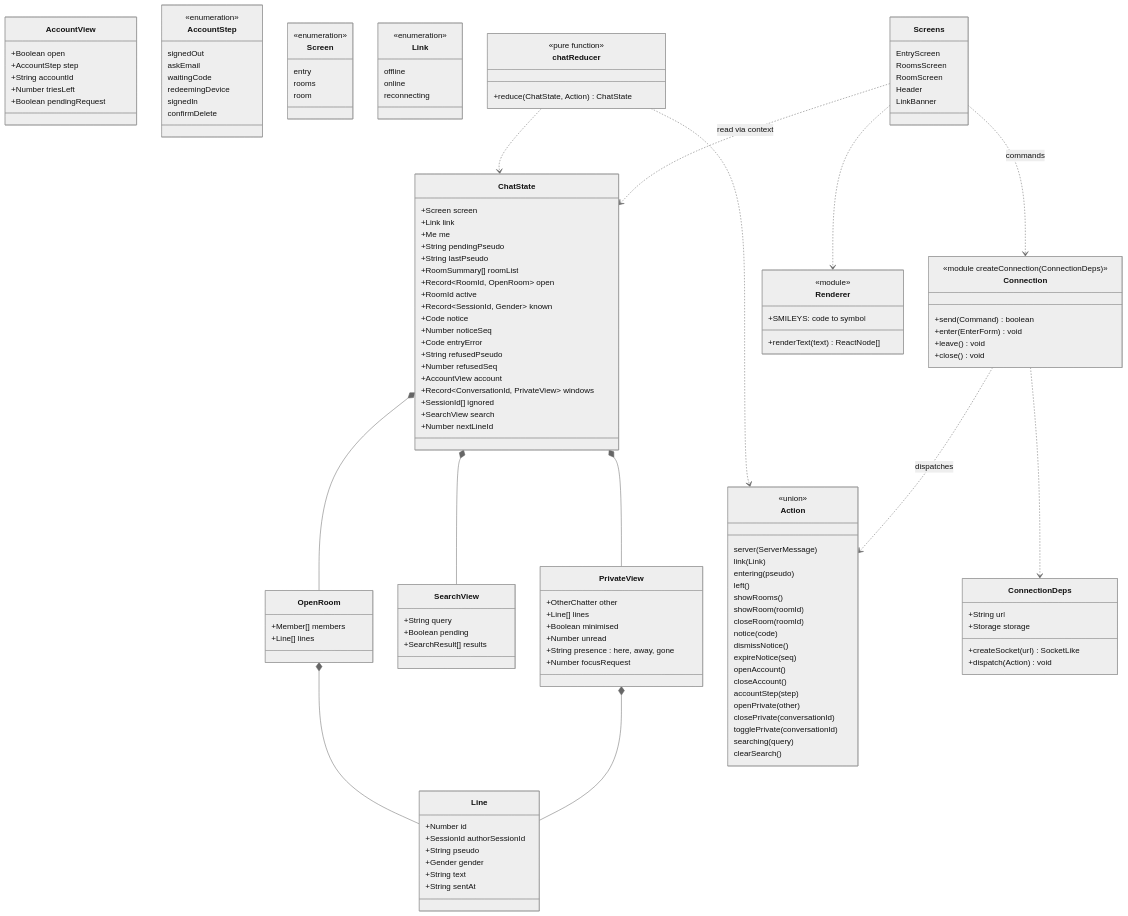
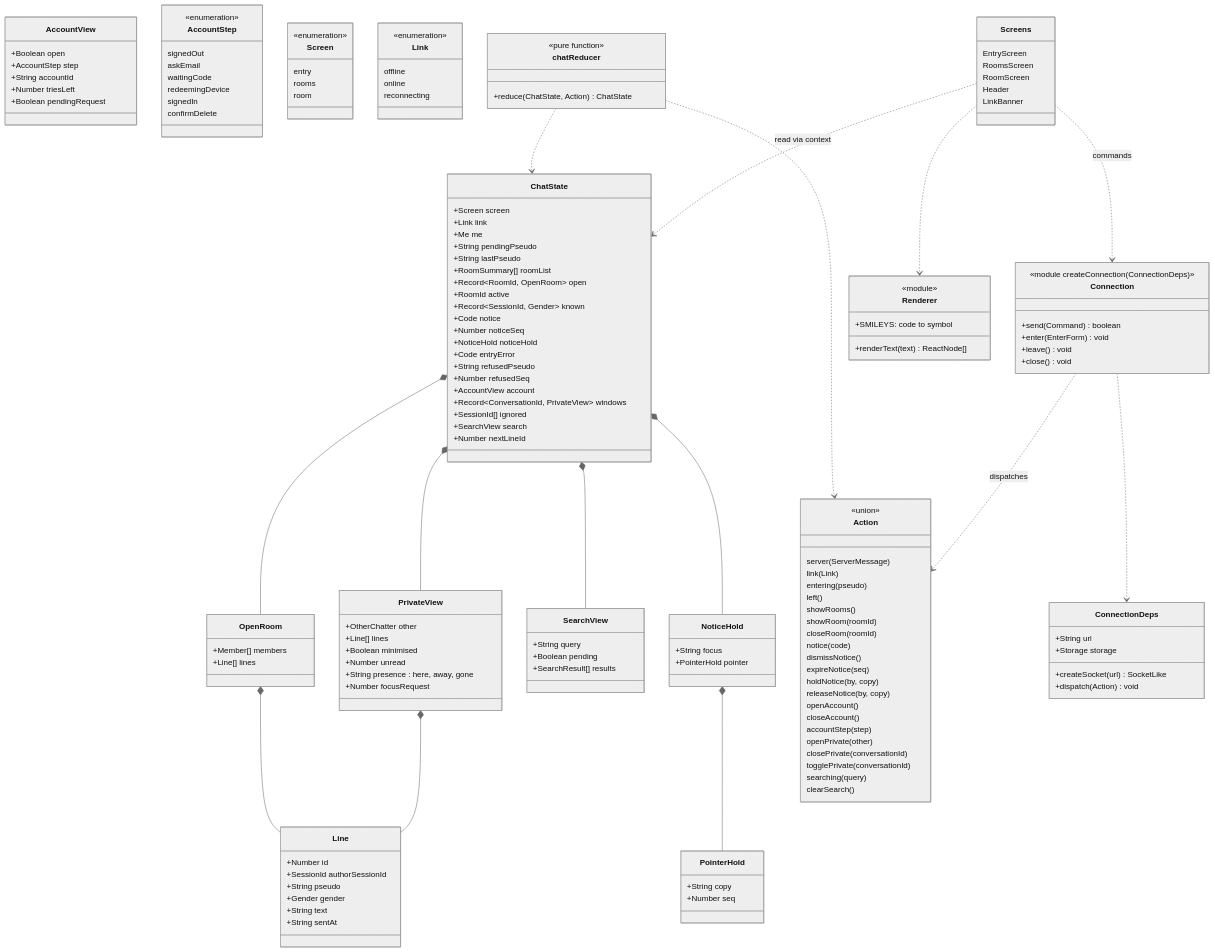
One commit to benoit-bremaud/asv changed the diagram in docs/architecture/diagrams/web-ui/04-class-client-state.md. Above: the diagram before and after it, drawn with Mermaid (neutral theme). The commit also changed other lines of this file and 11 other files, not shown here.

````diff
--- a/docs/architecture/diagrams/web-ui/04-class-client-state.md
+++ b/docs/architecture/diagrams/web-ui/04-class-client-state.md
@@ -28,6 +28,7 @@
     +Record~SessionId, Gender~ known
     +Code notice
     +Number noticeSeq
+    +NoticeHold noticeHold
     +Code entryError
     +String refusedPseudo
     +Number refusedSeq
@@ -44,6 +45,14 @@
     +Number unread
     +String presence : here, away, gone
     +Number focusRequest
+  }
+  class NoticeHold {
+    +String focus
+    +PointerHold pointer
+  }
+  class PointerHold {
+    +String copy
+    +Number seq
   }
   class SearchView {
     +String query
@@ -102,6 +111,8 @@
     notice(code)
     dismissNotice()
     expireNotice(seq)
+    holdNotice(by, copy)
+    releaseNotice(by, copy)
     openAccount()
     closeAccount()
     accountStep(step)
@@ -152,4 +163,6 @@
   ChatState *-- PrivateView
   PrivateView *-- Line
   ChatState *-- SearchView
+  ChatState *-- NoticeHold
+  NoticeHold *-- PointerHold
 ```
````
